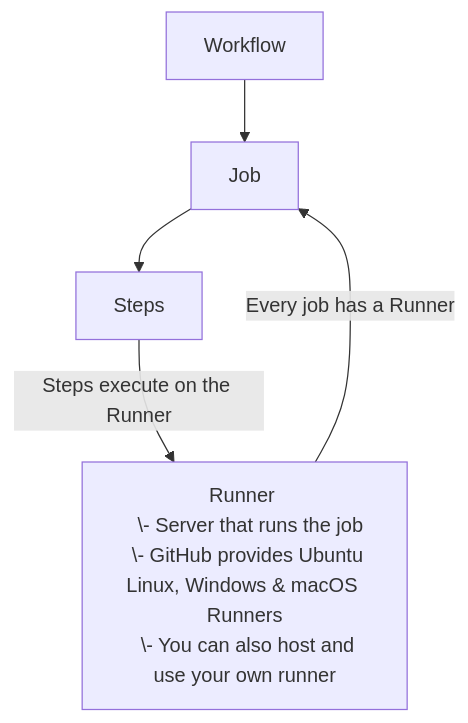
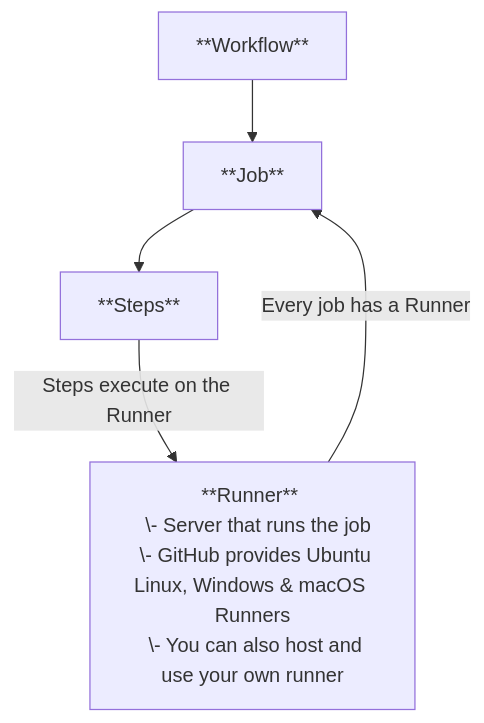
The second of 2 diagrams in content/posts/training/GitHub/2025-github-actions/03-fundamentals/index.md (rtdevx/rtdevx.github.io), drawn with Mermaid before and after one commit.

Commit message:
Obsidian sync: 2025-12-09 10:59:15

```diff
--- a/content/posts/training/GitHub/2025-github-actions/03-fundamentals/index.md
+++ b/content/posts/training/GitHub/2025-github-actions/03-fundamentals/index.md
@@ -182,12 +182,12 @@
 {{< mermaid >}}
 flowchart TD
-  A[Workflow] --> B[Job]
-  B --> C[Steps]
+  A[**Workflow**] --> B[**Job**]
+  B --> C[**Steps**]
   C -->|Steps execute on the Runner| D[
-  Runner 
+  **Runner** 
   \- Server that runs the job
   \- GitHub provides Ubuntu Linux, Windows & macOS Runners
   \- You can also host and use your own runner
   ]
-  D -->|Every job has a Runner| B[Job]
+  D -->|Every job has a Runner| B[**Job**]
 {{< /mermaid >}}
```
